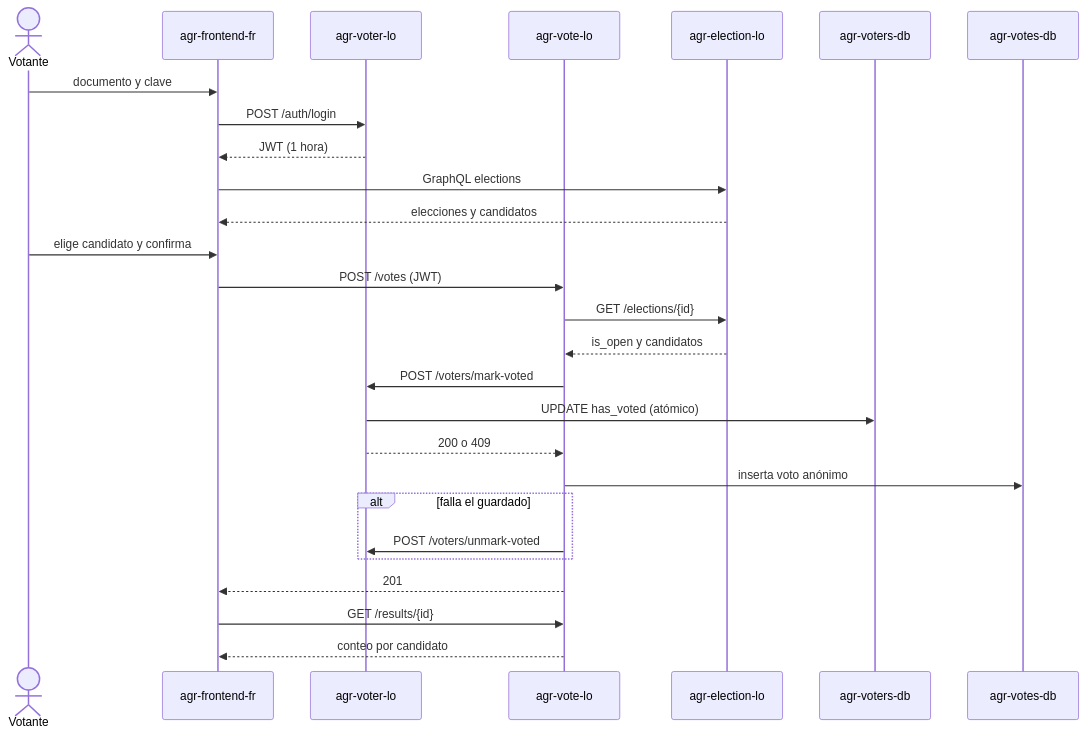
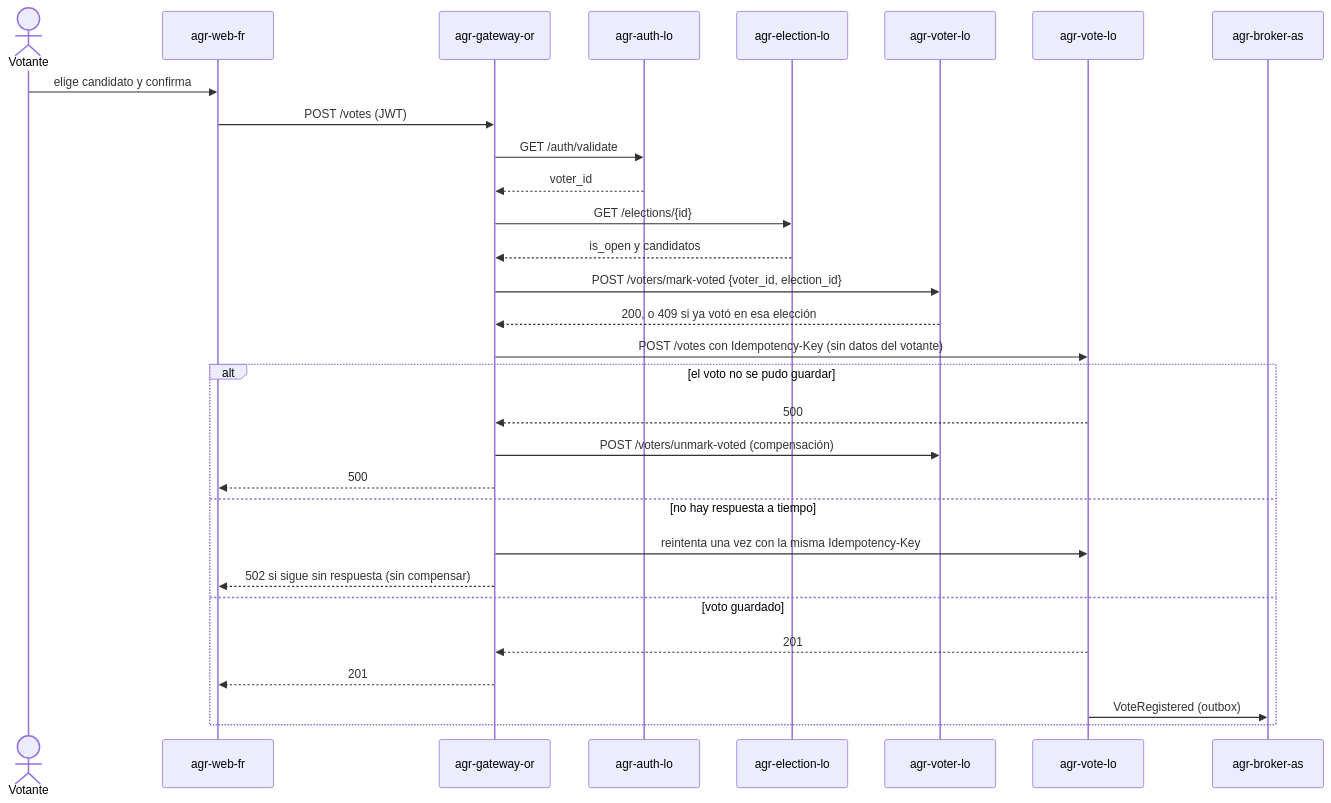
Before and after one commit to Cam152/ArquiSoft: the third of 4 diagrams in README.md, drawn with Mermaid. The commit also changed other lines of this file, not shown here.

Commit message:
README del Prototipo 2

````diff
--- a/README.md
+++ b/README.md
@@ -622,29 +684,32 @@
 ```mermaid
 sequenceDiagram
   actor V as Votante
-  participant FE as agr-frontend-fr
-  participant VS as agr-voter-lo
-  participant TS as agr-vote-lo
-  participant ES as agr-election-lo
-  participant VDB as agr-voters-db
-  participant TDB as agr-votes-db
-  V->>FE: documento y clave
-  FE->>VS: POST /auth/login
-  VS-->>FE: JWT (1 hora)
-  FE->>ES: GraphQL elections
-  ES-->>FE: elecciones y candidatos
-  V->>FE: elige candidato y confirma
-  FE->>TS: POST /votes (JWT)
-  TS->>ES: GET /elections/{id}
-  ES-->>TS: is_open y candidatos
-  TS->>VS: POST /voters/mark-voted
-  VS->>VDB: UPDATE has_voted (atómico)
-  VS-->>TS: 200 o 409
-  TS->>TDB: inserta voto anónimo
-  alt falla el guardado
-    TS->>VS: POST /voters/unmark-voted
+  participant W as agr-web-fr
+  participant G as agr-gateway-or
+  participant U as agr-auth-lo
+  participant E as agr-election-lo
+  participant O as agr-voter-lo
+  participant T as agr-vote-lo
+  participant B as agr-broker-as
+  V->>W: elige candidato y confirma
+  W->>G: POST /votes (JWT)
+  G->>U: GET /auth/validate
+  U-->>G: voter_id
+  G->>E: GET /elections/{id}
+  E-->>G: is_open y candidatos
+  G->>O: POST /voters/mark-voted {voter_id, election_id}
+  O-->>G: 200, o 409 si ya votó en esa elección
+  G->>T: POST /votes con Idempotency-Key (sin datos del votante)
+  alt el voto no se pudo guardar
+    T-->>G: 500
+    G->>O: POST /voters/unmark-voted (compensación)
+    G-->>W: 500
+  else no hay respuesta a tiempo
+    G->>T: reintenta una vez con la misma Idempotency-Key
+    G-->>W: 502 si sigue sin respuesta (sin compensar)
+  else voto guardado
+    T-->>G: 201
+    G-->>W: 201
+    T->>B: VoteRegistered (outbox)
   end
-  TS-->>FE: 201
-  FE->>TS: GET /results/{id}
-  TS-->>FE: conteo por candidato
 ```
````
